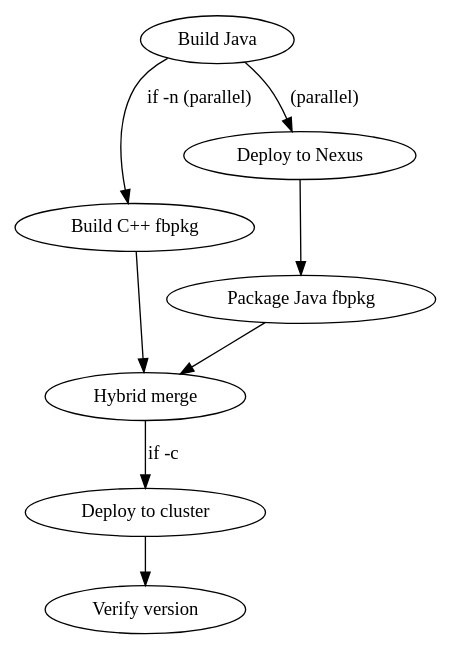
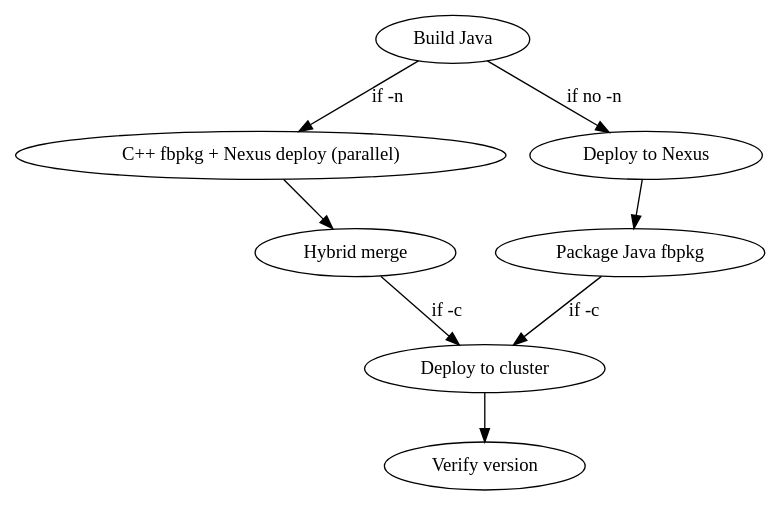
Before and after one commit to mkarrmann/dotfiles: the diagram in agent_config/skills/presto-deploy/SKILL.md, drawn with Graphviz. The commit also changed other lines of this file and 1 other file, not shown here.

````diff
--- a/agent_config/skills/presto-deploy/SKILL.md
+++ b/agent_config/skills/presto-deploy/SKILL.md
@@ -91,11 +91,11 @@
 ```dot
 digraph deploy {
-  "Build Java" -> "Build C++ fbpkg" [label="if -n (parallel)"];
-  "Build Java" -> "Deploy to Nexus" [label="(parallel)"];
-  "Build C++ fbpkg" -> "Hybrid merge";
+  "Build Java" -> "C++ fbpkg + Nexus deploy (parallel)" [label="if -n"];
+  "Build Java" -> "Deploy to Nexus" [label="if no -n"];
+  "C++ fbpkg + Nexus deploy (parallel)" -> "Hybrid merge";
   "Deploy to Nexus" -> "Package Java fbpkg";
-  "Package Java fbpkg" -> "Hybrid merge";
+  "Package Java fbpkg" -> "Deploy to cluster" [label="if -c"];
   "Hybrid merge" -> "Deploy to cluster" [label="if -c"];
   "Deploy to cluster" -> "Verify version";
 }
 ```
````
